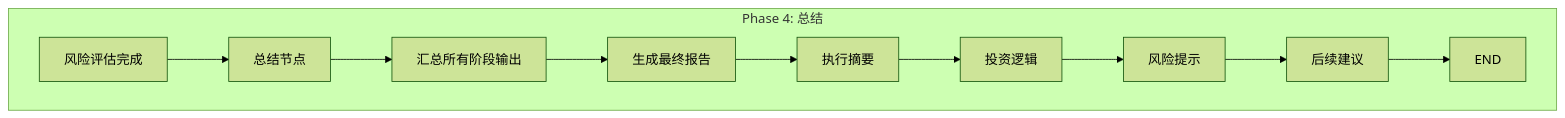
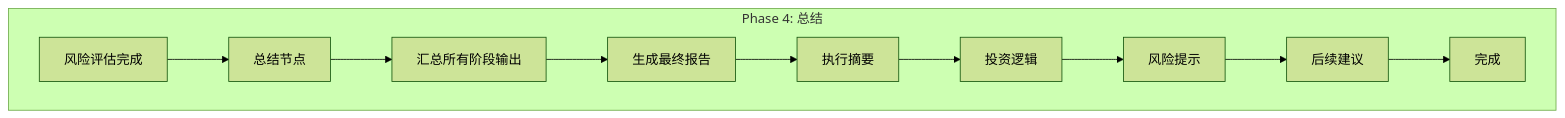
The fifth of 5 diagrams in docs/TradingAgents/TradingAgents业务流程.md (BG8CFB/StockAnalysis), drawn with Mermaid (forest theme) before and after one commit. The commit also changed other lines of this file and 25 other files, not shown here.

````diff
--- a/docs/TradingAgents/TradingAgents业务流程.md
+++ b/docs/TradingAgents/TradingAgents业务流程.md
@@ -238,16 +398,16 @@
 ```mermaid
 graph TD
     subgraph "Phase 4: 总结"
         P4_Start[风险评估完成] --> P4_Summarizer[总结节点];
 
         P4_Summarizer --> P4_Collect[汇总所有阶段输出];
         P4_Collect --> P4_Generate[生成最终报告];
 
         P4_Generate --> P4_Report[执行摘要];
         P4_Report --> P4_Logic[投资逻辑];
         P4_Logic --> P4_Risk[风险提示];
         P4_Risk --> P4_Action[后续建议];
 
-        P4_Action --> P4_End[END];
+        P4_Action --> P4_End[完成];
     end
 ```
````
